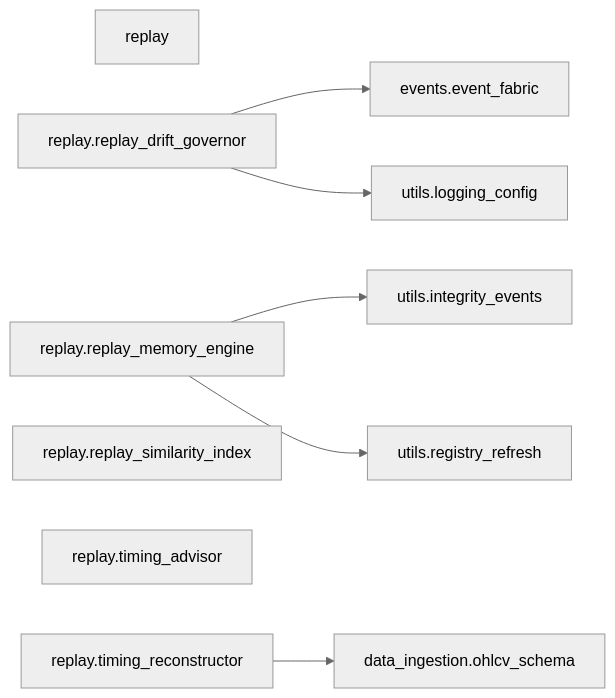
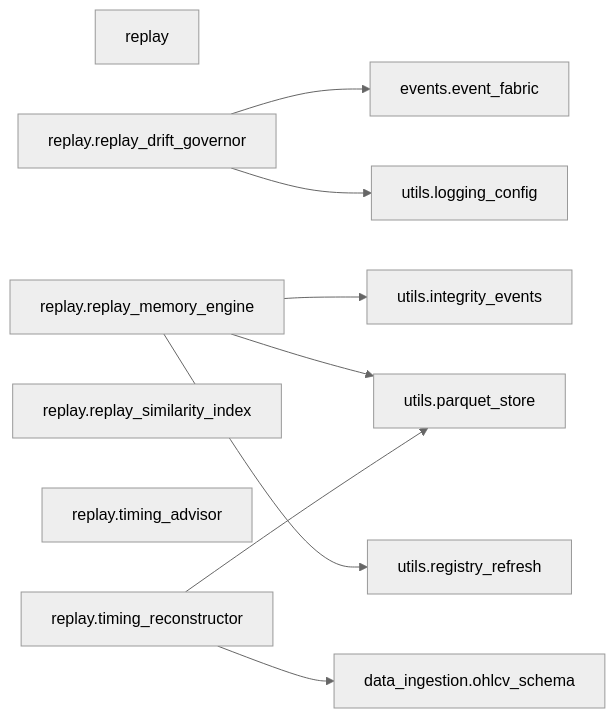
Diagram 29 of 41 in docs/architecture/code-map.generated.md (Chaithu1995-0312/TradeHlt), drawn with Mermaid (neutral theme) before and after one commit. The commit also changed other lines of this file and 39 other files, not shown here.

First line of the commit message:
docs: F-064 full-corpus re-measurement, feature-schema walk, architecture map sync

````diff
--- a/docs/architecture/code-map.generated.md
+++ b/docs/architecture/code-map.generated.md
@@ -1247,19 +1477,22 @@
 ```mermaid
 flowchart LR
     replay["replay"]
     replay_replay_drift_governor["replay.replay_drift_governor"]
     replay_replay_memory_engine["replay.replay_memory_engine"]
     replay_replay_similarity_index["replay.replay_similarity_index"]
     replay_timing_advisor["replay.timing_advisor"]
     replay_timing_reconstructor["replay.timing_reconstructor"]
     data_ingestion_ohlcv_schema["data_ingestion.ohlcv_schema"]
     events_event_fabric["events.event_fabric"]
     utils_integrity_events["utils.integrity_events"]
     utils_logging_config["utils.logging_config"]
+    utils_parquet_store["utils.parquet_store"]
     utils_registry_refresh["utils.registry_refresh"]
     replay_replay_drift_governor --> events_event_fabric
     replay_replay_drift_governor --> utils_logging_config
     replay_replay_memory_engine --> utils_integrity_events
+    replay_replay_memory_engine --> utils_parquet_store
     replay_replay_memory_engine --> utils_registry_refresh
     replay_timing_reconstructor --> data_ingestion_ohlcv_schema
+    replay_timing_reconstructor --> utils_parquet_store
 ```
````
